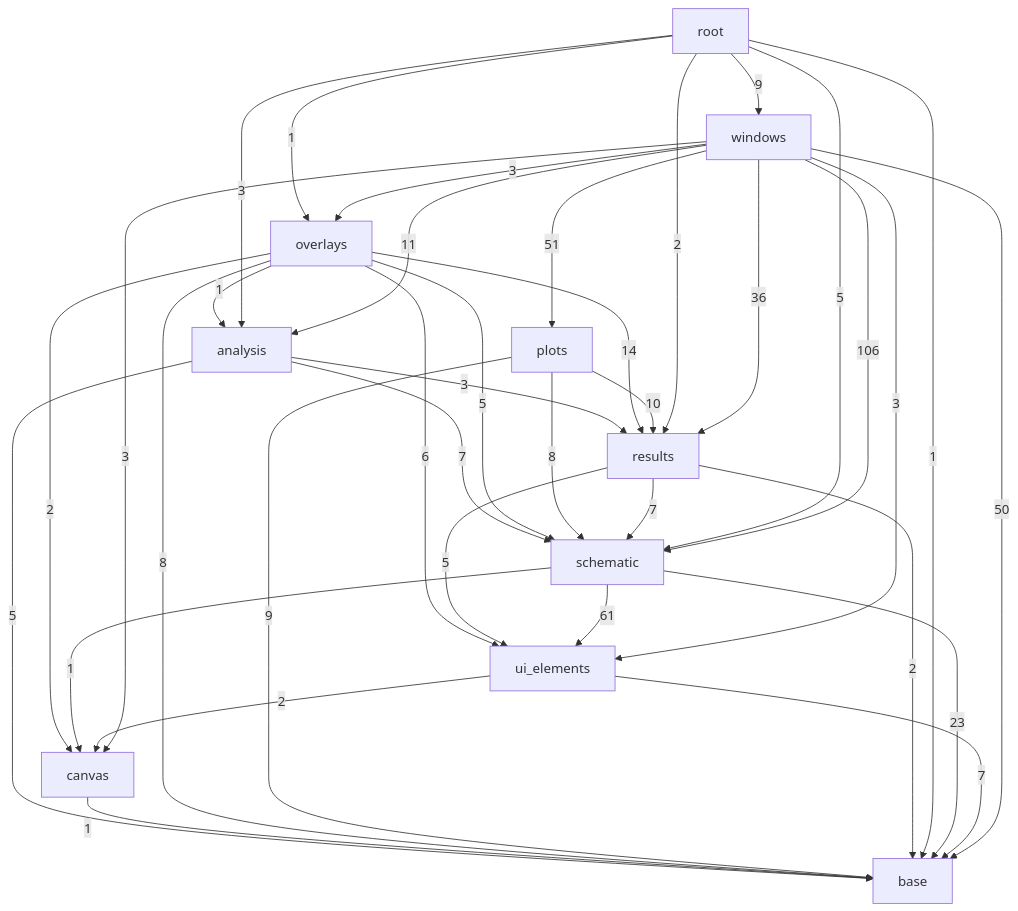
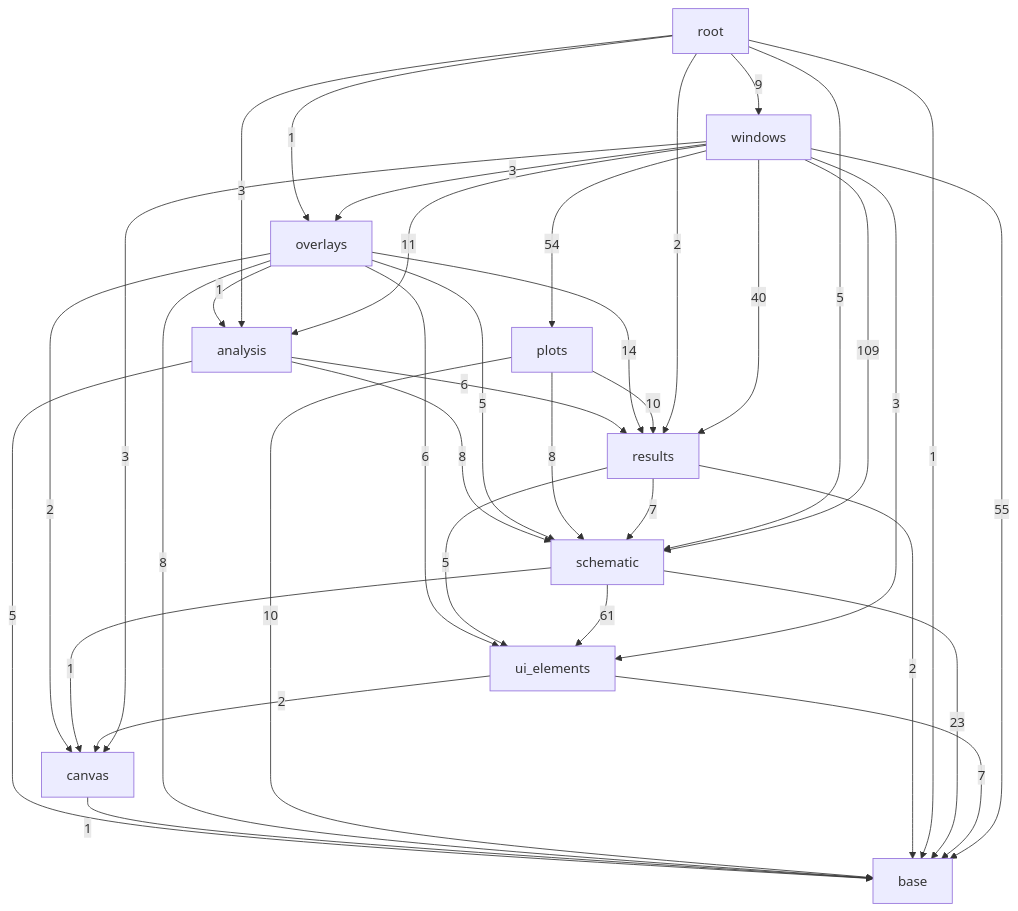
Before and after one commit to ronnymilleo/imcsim: the third of 3 diagrams in docs/architecture.md, drawn with Mermaid. The commit also changed other lines of this file and 57 other files, not shown here.

````diff
--- a/docs/architecture.md
+++ b/docs/architecture.md
@@ -56,48 +56,48 @@
 ```mermaid
 flowchart TD
     app_gui_base[base]
     app_gui_canvas[canvas]
     app_gui_ui_elements[ui_elements]
     app_gui_schematic[schematic]
     app_gui_results[results]
     app_gui_analysis[analysis]
     app_gui_plots[plots]
     app_gui_overlays[overlays]
     app_gui_windows[windows]
     app_gui_root[root]
     app_gui_analysis -->|5| app_gui_base
-    app_gui_analysis -->|3| app_gui_results
-    app_gui_analysis -->|7| app_gui_schematic
+    app_gui_analysis -->|6| app_gui_results
+    app_gui_analysis -->|8| app_gui_schematic
     app_gui_canvas -->|1| app_gui_base
     app_gui_overlays -->|1| app_gui_analysis
     app_gui_overlays -->|8| app_gui_base
     app_gui_overlays -->|2| app_gui_canvas
     app_gui_overlays -->|14| app_gui_results
     app_gui_overlays -->|5| app_gui_schematic
     app_gui_overlays -->|6| app_gui_ui_elements
-    app_gui_plots -->|9| app_gui_base
+    app_gui_plots -->|10| app_gui_base
     app_gui_plots -->|10| app_gui_results
     app_gui_plots -->|8| app_gui_schematic
     app_gui_results -->|2| app_gui_base
     app_gui_results -->|7| app_gui_schematic
     app_gui_results -->|5| app_gui_ui_elements
     app_gui_root -->|3| app_gui_analysis
     app_gui_root -->|1| app_gui_base
     app_gui_root -->|1| app_gui_overlays
     app_gui_root -->|2| app_gui_results
     app_gui_root -->|5| app_gui_schematic
     app_gui_root -->|9| app_gui_windows
     app_gui_schematic -->|23| app_gui_base
     app_gui_schematic -->|1| app_gui_canvas
     app_gui_schematic -->|61| app_gui_ui_elements
     app_gui_ui_elements -->|7| app_gui_base
     app_gui_ui_elements -->|2| app_gui_canvas
     app_gui_windows -->|11| app_gui_analysis
-    app_gui_windows -->|50| app_gui_base
+    app_gui_windows -->|55| app_gui_base
     app_gui_windows -->|3| app_gui_canvas
     app_gui_windows -->|3| app_gui_overlays
-    app_gui_windows -->|51| app_gui_plots
-    app_gui_windows -->|36| app_gui_results
-    app_gui_windows -->|106| app_gui_schematic
+    app_gui_windows -->|54| app_gui_plots
+    app_gui_windows -->|40| app_gui_results
+    app_gui_windows -->|109| app_gui_schematic
     app_gui_windows -->|3| app_gui_ui_elements
 ```
````
